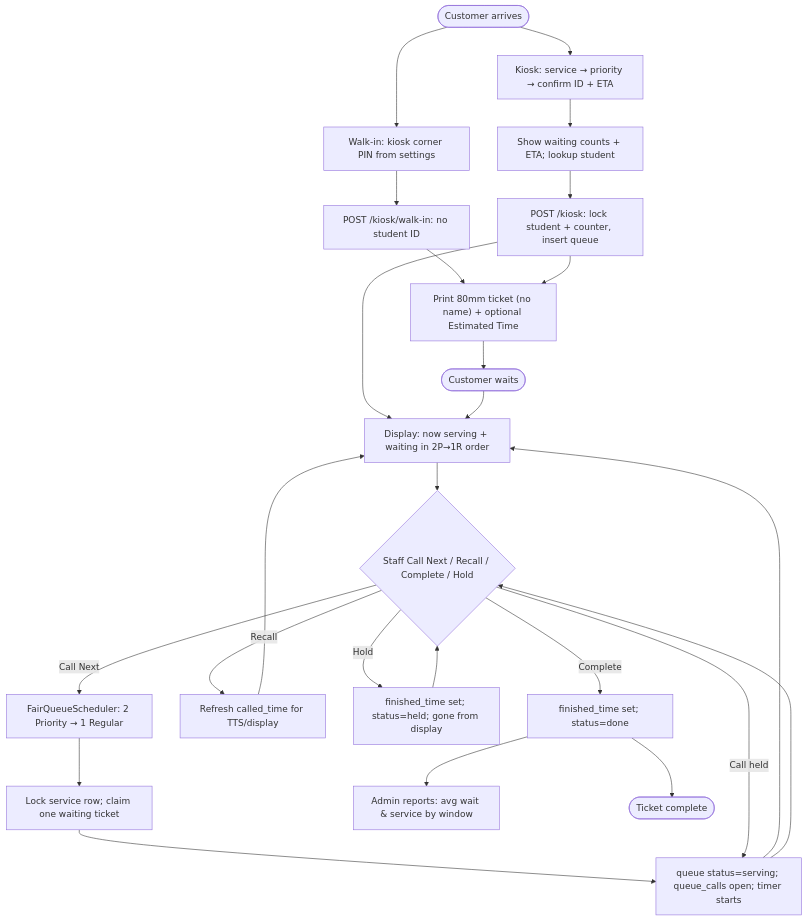
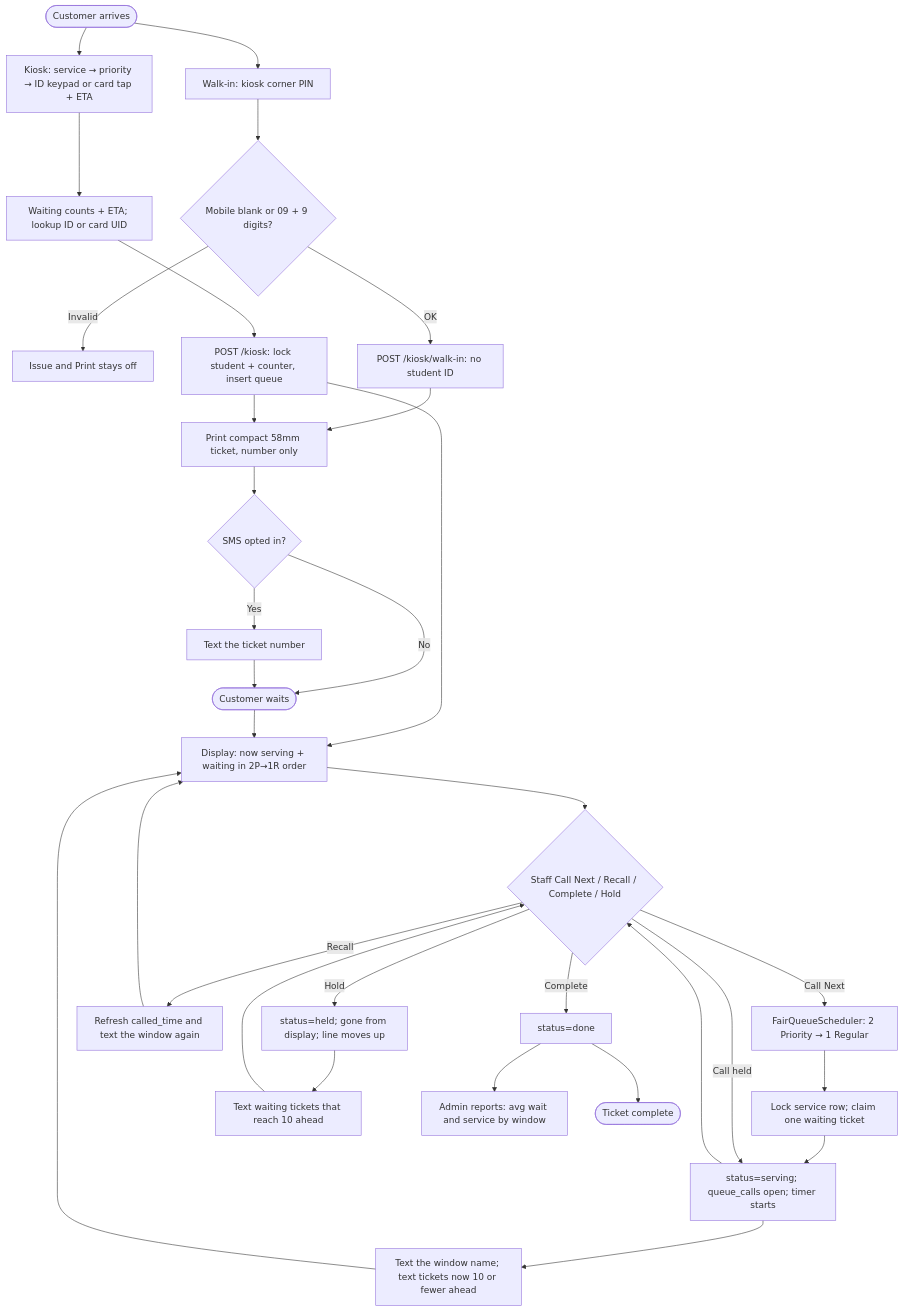
One commit to rhems95/queuing-system changed the second of 2 diagrams in README.md. Above: the diagram before and after it, drawn with Mermaid. The commit also changed other lines of this file and 76 other files, not shown here.

Commit message:
Add RFID tap, paper alerts, and opt-in GSM SMS so the kiosk can notify students without blocking the queue.

````diff
--- a/README.md
+++ b/README.md
@@ -337,29 +344,36 @@
 ```mermaid
 flowchart TD
-    Start([Customer arrives]) --> Kiosk["Kiosk: service → priority → confirm ID + ETA"]
-    Start --> Walkin["Walk-in: kiosk corner PIN from settings"]
-    Walkin --> WalkIssue["POST /kiosk/walk-in: no student ID"]
-    Kiosk --> Est["Show waiting counts + ETA; lookup student"]
+    Start([Customer arrives]) --> Kiosk["Kiosk: service → priority → ID keypad or card tap + ETA"]
+    Start --> Walkin["Walk-in: kiosk corner PIN"]
+    Walkin --> WalkMob{"Mobile blank or 09 + 9 digits?"}
+    WalkMob -->|Invalid| WalkBlock["Issue and Print stays off"]
+    WalkMob -->|OK| WalkIssue["POST /kiosk/walk-in: no student ID"]
+    Kiosk --> Est["Waiting counts + ETA; lookup ID or card UID"]
     Est --> Issue["POST /kiosk: lock student + counter, insert queue"]
     WalkIssue --> Print
-    Issue --> Print["Print 80mm ticket (no name) + optional Estimated Time"]
-    Print --> Wait([Customer waits])
+    Issue --> Print["Print compact 58mm ticket, number only"]
+    Print --> Sms{"SMS opted in?"}
+    Sms -->|Yes| IssuedText["Text the ticket number"]
+    Sms -->|No| Wait
+    IssuedText --> Wait([Customer waits])
 
     Issue --> Display["Display: now serving + waiting in 2P→1R order"]
     Wait --> Display
 
     Display --> Staff{"Staff Call Next / Recall / Complete / Hold"}
     Staff -->|Call Next| Fair["FairQueueScheduler: 2 Priority → 1 Regular"]
     Fair --> Lock["Lock service row; claim one waiting ticket"]
-    Lock --> Serving["queue status=serving; queue_calls open; timer starts"]
-    Serving --> Display
+    Lock --> Serving["status=serving; queue_calls open; timer starts"]
+    Serving --> Notify["Text the window name; text tickets now 10 or fewer ahead"]
+    Notify --> Display
     Serving --> Staff
-    Staff -->|Recall| Reannounce["Refresh called_time for TTS/display"]
+    Staff -->|Recall| Reannounce["Refresh called_time and text the window again"]
     Reannounce --> Display
-    Staff -->|Hold| Held["finished_time set; status=held; gone from display"]
-    Held --> Staff
+    Staff -->|Hold| Held["status=held; gone from display; line moves up"]
+    Held --> Near["Text waiting tickets that reach 10 ahead"]
+    Near --> Staff
     Staff -->|Call held| Serving
-    Staff -->|Complete| Done["finished_time set; status=done"]
-    Done --> Reports["Admin reports: avg wait & service by window"]
+    Staff -->|Complete| Done["status=done"]
+    Done --> Reports["Admin reports: avg wait and service by window"]
     Done --> End([Ticket complete])
 ```
````
